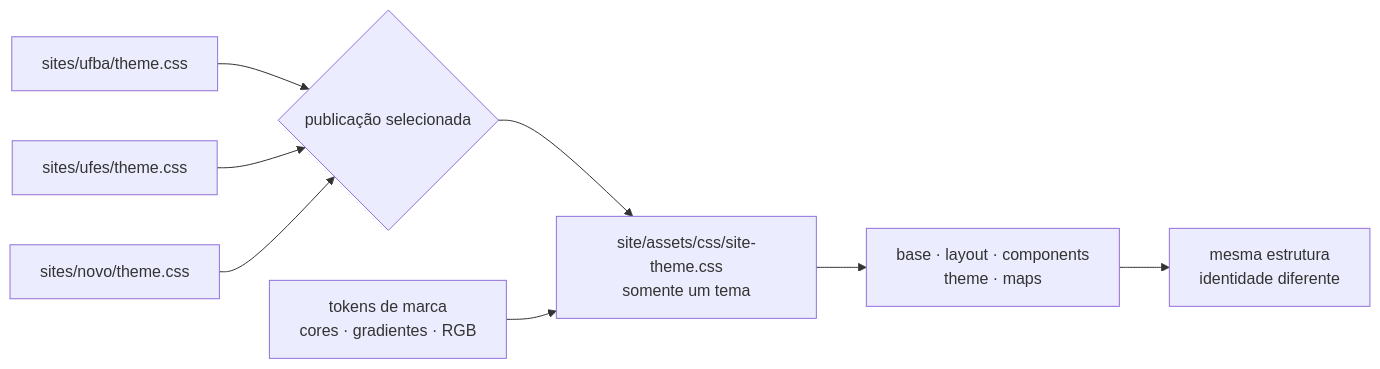
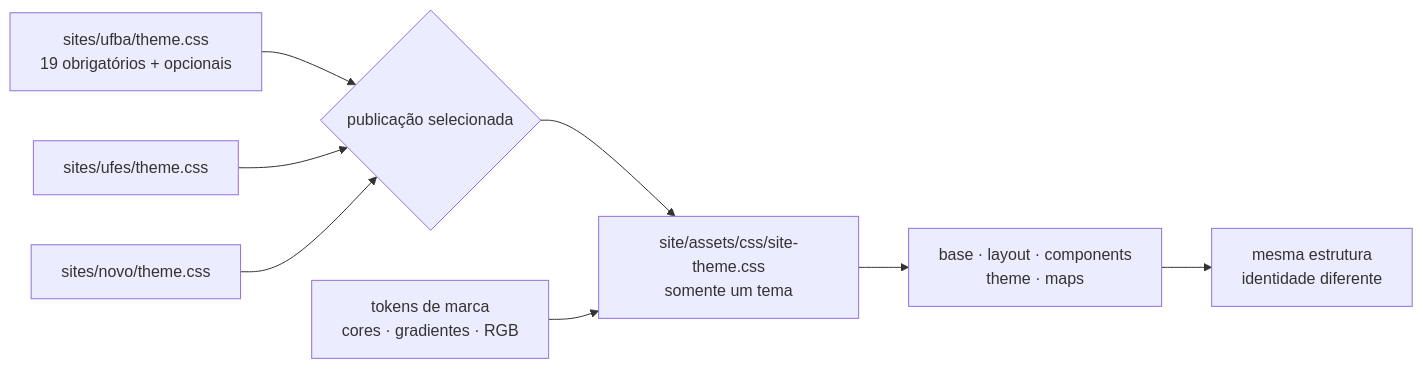
Before and after one commit to Bruno-Mascarenhas/site-labmim: the diagram in docs/onboarding-architecture/diagrams/css-layers.mmd, drawn with Mermaid. The commit also changed 14 other files, not shown here.

```diff
--- a/docs/onboarding-architecture/diagrams/css-layers.mmd
+++ b/docs/onboarding-architecture/diagrams/css-layers.mmd
@@ -1,9 +1,9 @@
 %% Camadas de CSS: identidade é injetada por tokens e não por seletores de site.
 flowchart LR
-  UFBA["sites/ufba/theme.css"] --> PICK{"publicação selecionada"}
+  UFBA["sites/ufba/theme.css<br/>19 obrigatórios + opcionais"] --> PICK{"publicação selecionada"}
   UFES["sites/ufes/theme.css"] --> PICK
   FUT["sites/novo/theme.css"] --> PICK
   PICK --> GENERATED["site/assets/css/site-theme.css<br/>somente um tema"]
   TOKENS["tokens de marca<br/>cores · gradientes · RGB"] --> GENERATED
   GENERATED --> COMMON["base · layout · components<br/>theme · maps"]
   COMMON --> UI["mesma estrutura<br/>identidade diferente"]
```
